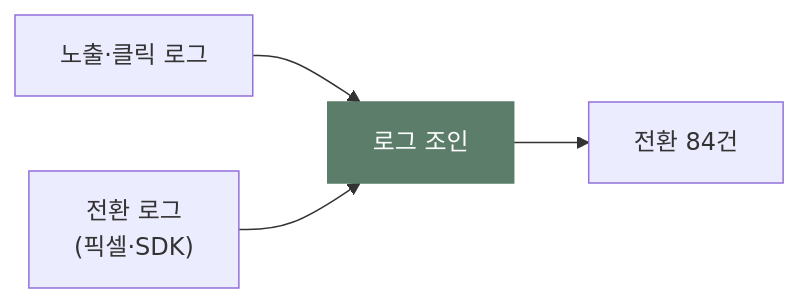
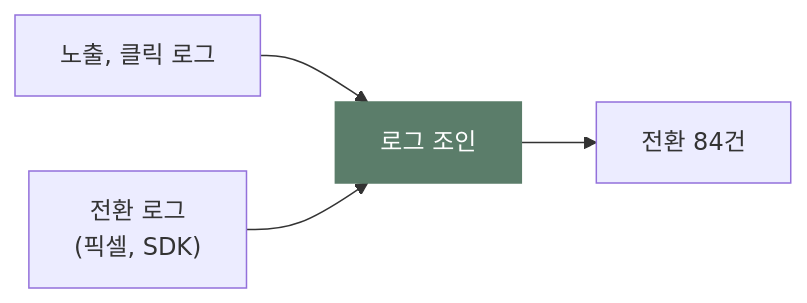
The second of 2 diagrams in posts/kakao-ads-bidding-measurement.md (chkimsu/adtech-blog), drawn with Mermaid before and after one commit. The commit also changed other lines of this file and 26 other files, not shown here.

````diff
--- a/posts/kakao-ads-bidding-measurement.md
+++ b/posts/kakao-ads-bidding-measurement.md
@@ -241,7 +241,7 @@
 ```mermaid
 graph LR
-    IMP["노출·클릭 로그"] --> JOIN["로그 조인"]
-    CONV["전환 로그<br/>(픽셀·SDK)"] --> JOIN
+    IMP["노출, 클릭 로그"] --> JOIN["로그 조인"]
+    CONV["전환 로그<br/>(픽셀, SDK)"] --> JOIN
     JOIN --> REPORT["전환 84건"]
     style JOIN fill:#5b7d6a,stroke:#5b7d6a,color:#fff
 ```
````
